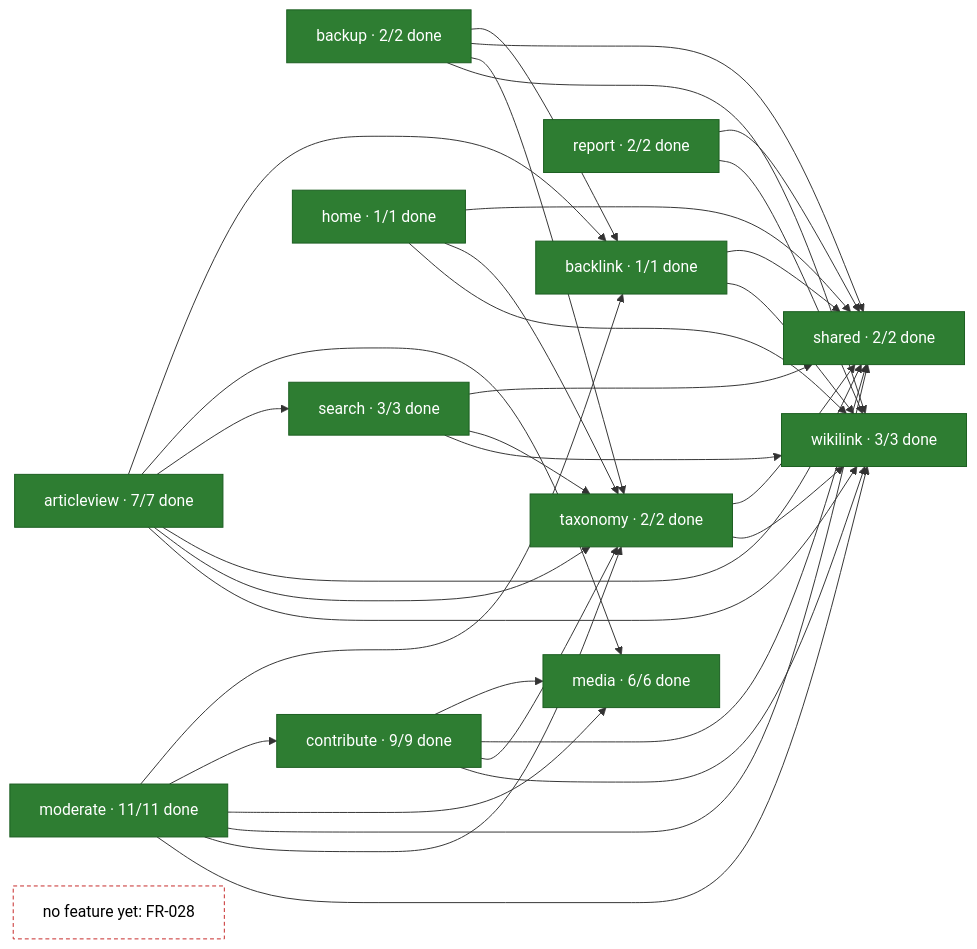
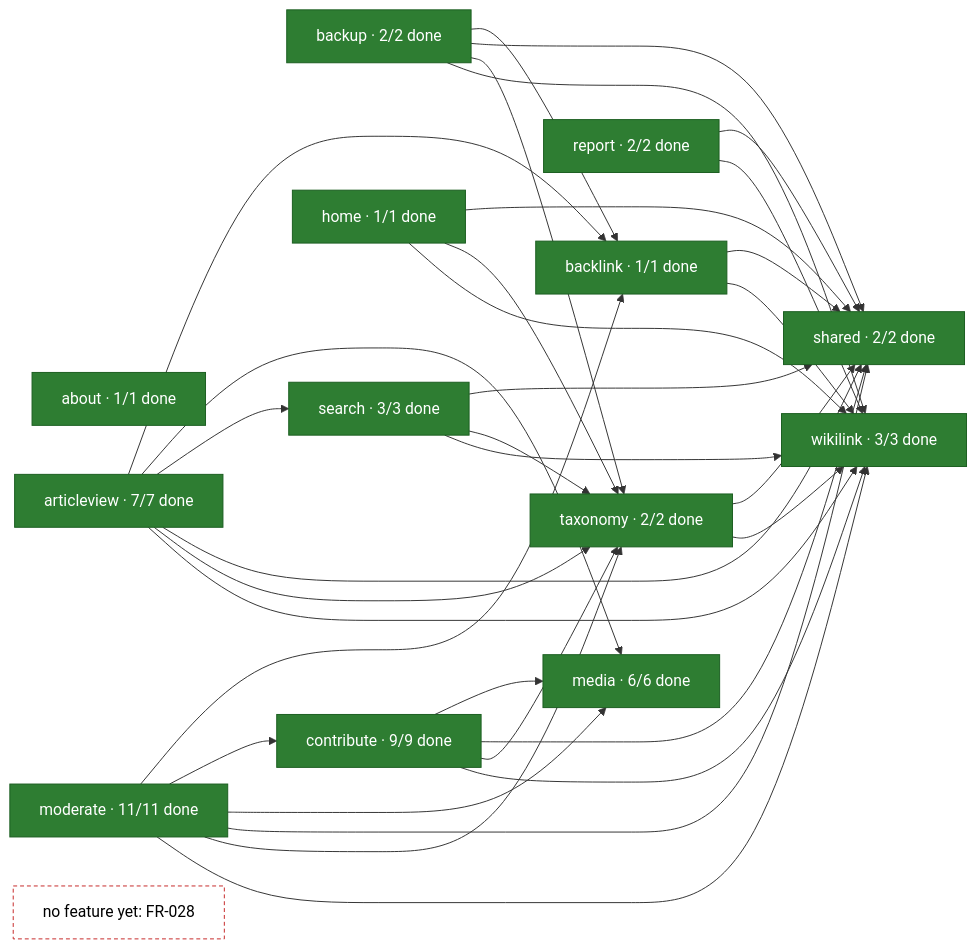
One commit to rikire/Exchange-Student-Guide-Platform changed the second of 2 diagrams in docs/gap-list.md. Above: the diagram before and after it, drawn with Mermaid. The commit also changed other lines of this file and 28 other files, not shown here.

````diff
--- a/docs/gap-list.md
+++ b/docs/gap-list.md
@@ -24,52 +24,53 @@
 ```mermaid
 flowchart LR
+    about["about · 1/1 done"]:::done
     articleview["articleview · 7/7 done"]:::done
     backlink["backlink · 1/1 done"]:::done
     backup["backup · 2/2 done"]:::done
     contribute["contribute · 9/9 done"]:::done
     home["home · 1/1 done"]:::done
     media["media · 6/6 done"]:::done
     moderate["moderate · 11/11 done"]:::done
     report["report · 2/2 done"]:::done
     search["search · 3/3 done"]:::done
     shared["shared · 2/2 done"]:::done
     taxonomy["taxonomy · 2/2 done"]:::done
     wikilink["wikilink · 3/3 done"]:::done
     unmapped["no feature yet: FR-028"]:::unmapped
     articleview --> backlink
     articleview --> media
     articleview --> search
     articleview --> shared
     articleview --> taxonomy
     articleview --> wikilink
     backlink --> shared
     backlink --> wikilink
     backup --> backlink
     backup --> shared
     backup --> taxonomy
     backup --> wikilink
     contribute --> media
     contribute --> shared
     contribute --> taxonomy
     contribute --> wikilink
     home --> shared
     home --> taxonomy
     home --> wikilink
     moderate --> backlink
     moderate --> contribute
     moderate --> media
     moderate --> shared
     moderate --> taxonomy
     moderate --> wikilink
     report --> shared
     report --> wikilink
     search --> shared
     search --> taxonomy
     search --> wikilink
     taxonomy --> shared
     taxonomy --> wikilink
     classDef done fill:#2e7d32,stroke:#1b5e20,color:#ffffff
     classDef partial fill:#f9a825,stroke:#f57f17,color:#000000
     classDef none fill:#e0e0e0,stroke:#9e9e9e,color:#000000
     classDef unmapped fill:#ffffff,stroke:#c62828,stroke-dasharray:4 3,color:#000000
 ```
````
